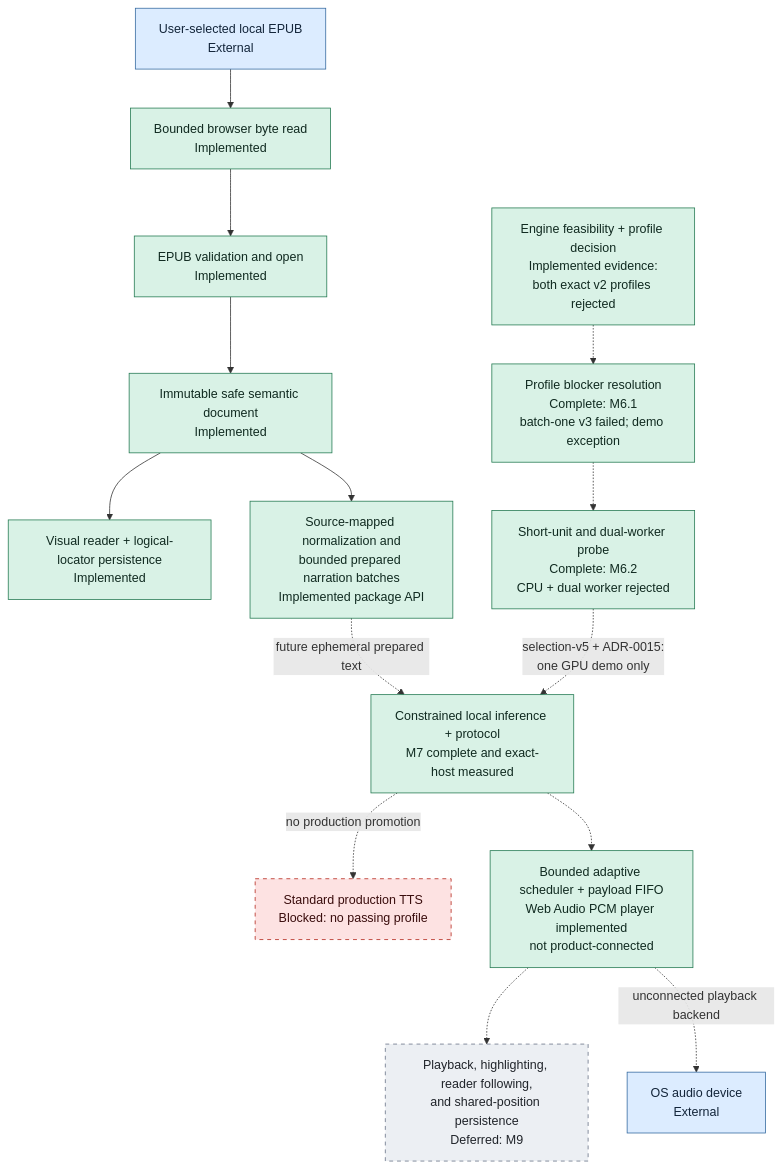
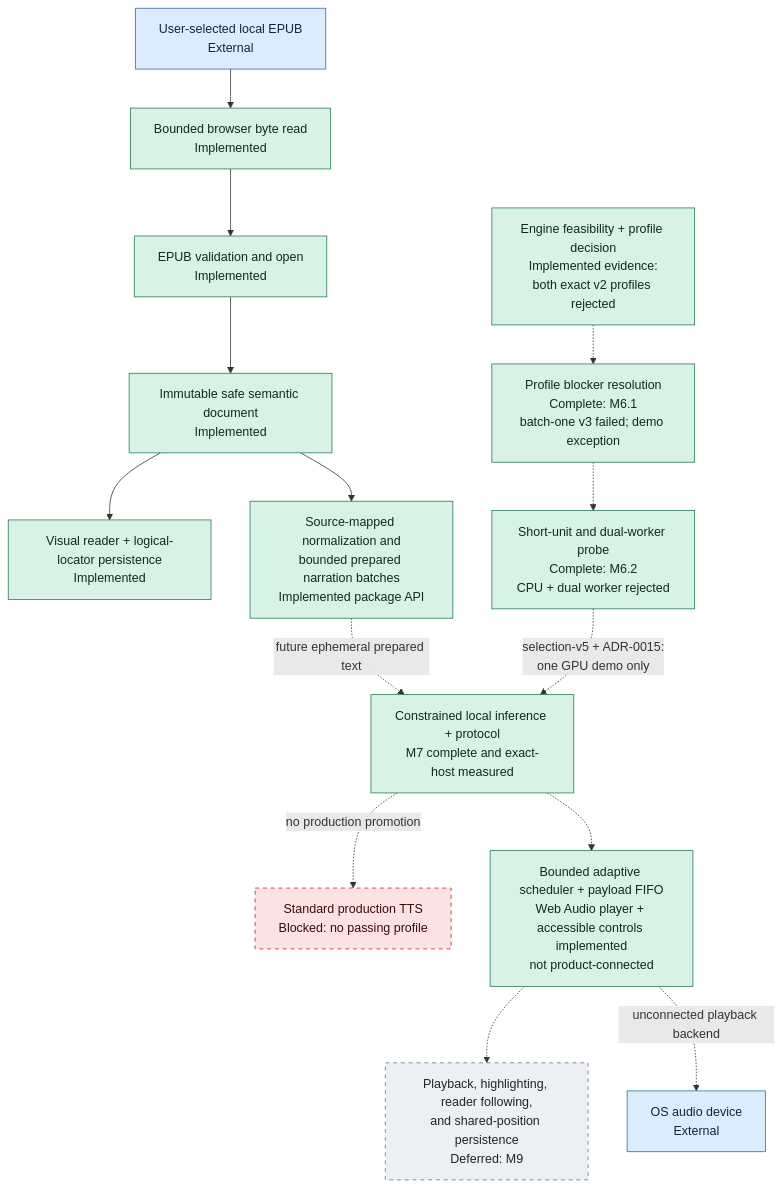
The second of 2 diagrams in docs/architecture/system-diagram.md (mmjosedaniel/voxleaf), drawn with Mermaid before and after one commit. The commit also changed other lines of this file and 15 other files, not shown here.

First line of the commit message:
feat: add adaptive preparation and accessible narration UI (#124)

````diff
--- a/docs/architecture/system-diagram.md
+++ b/docs/architecture/system-diagram.md
@@ -124,35 +124,35 @@
 ```mermaid
 flowchart TD
     classDef implemented fill:#d9f2e6,stroke:#247a52,color:#102a20
     classDef progress fill:#dcecff,stroke:#356aa0,color:#13253a,stroke-dasharray: 3 3
     classDef planned fill:#fff0c7,stroke:#9a6b00,color:#332400,stroke-dasharray: 5 5
     classDef blocked fill:#fde2e2,stroke:#b42318,color:#3a0d0d,stroke-dasharray: 5 5
     classDef deferred fill:#eceff3,stroke:#667085,color:#20242a,stroke-dasharray: 5 5
     classDef external fill:#dcecff,stroke:#356aa0,color:#13253a
 
     FILE["User-selected local EPUB<br/>External"]:::external
     READ["Bounded browser byte read<br/>Implemented"]:::implemented
     OPEN["EPUB validation and open<br/>Implemented"]:::implemented
     SAFE["Immutable safe semantic document<br/>Implemented"]:::implemented
     VISUAL["Visual reader + logical-locator persistence<br/>Implemented"]:::implemented
     PREP["Source-mapped normalization and<br/>bounded prepared narration batches<br/>Implemented package API"]:::implemented
     PROFILE["Engine feasibility + profile decision<br/>Implemented evidence:<br/>both exact v2 profiles rejected"]:::implemented
     NEXT_PROFILE["Profile blocker resolution<br/>Complete: M6.1<br/>batch-one v3 failed; demo exception"]:::implemented
     BATCH_PROBE["Short-unit and dual-worker probe<br/>Complete: M6.2<br/>CPU + dual worker rejected"]:::implemented
     INFER["Constrained local inference + protocol<br/>M7 complete and exact-host measured"]:::implemented
     PROD["Standard production TTS<br/>Blocked: no passing profile"]:::blocked
-    BUFFER["Bounded adaptive scheduler + payload FIFO<br/>Web Audio PCM player implemented<br/>not product-connected"]:::implemented
+    BUFFER["Bounded adaptive scheduler + payload FIFO<br/>Web Audio player + accessible controls implemented<br/>not product-connected"]:::implemented
     FOLLOW["Playback, highlighting, reader following,<br/>and shared-position persistence<br/>Deferred: M9"]:::deferred
     DEVICE["OS audio device<br/>External"]:::external
 
     FILE --> READ --> OPEN --> SAFE --> VISUAL
     SAFE --> PREP
     PREP -.->|"future ephemeral prepared text"| INFER
     PROFILE -.-> NEXT_PROFILE
     NEXT_PROFILE -.-> BATCH_PROBE
     BATCH_PROBE -.->|"selection-v5 + ADR-0015:<br/>one GPU demo only"| INFER
     INFER -.->|"no production promotion"| PROD
     INFER -.-> BUFFER
     BUFFER -.-> FOLLOW
     BUFFER -.->|"unconnected playback backend"| DEVICE
 ```
````
